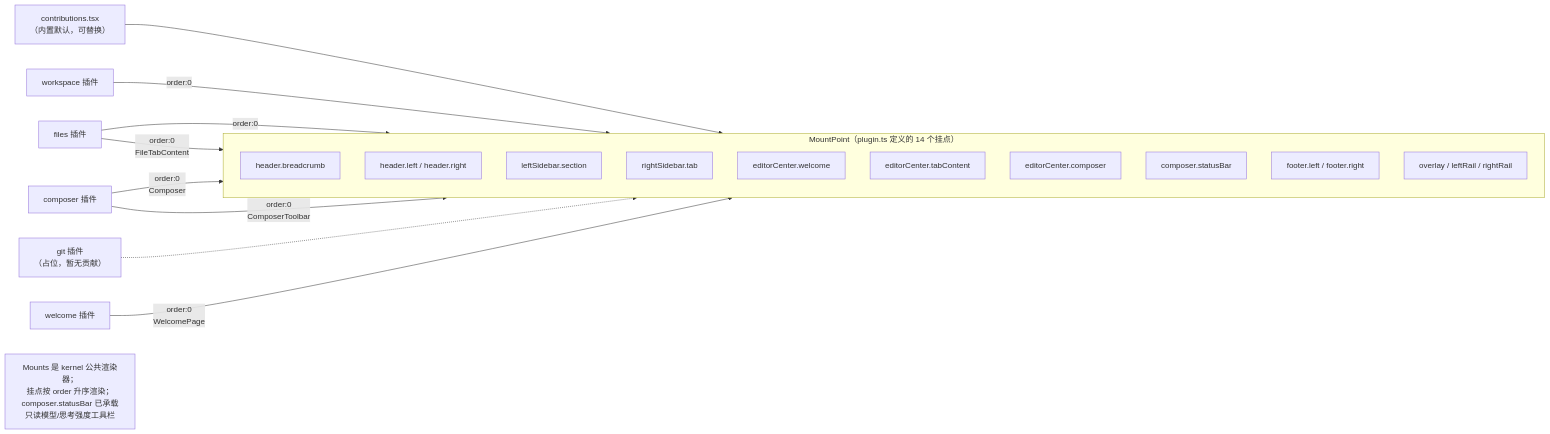
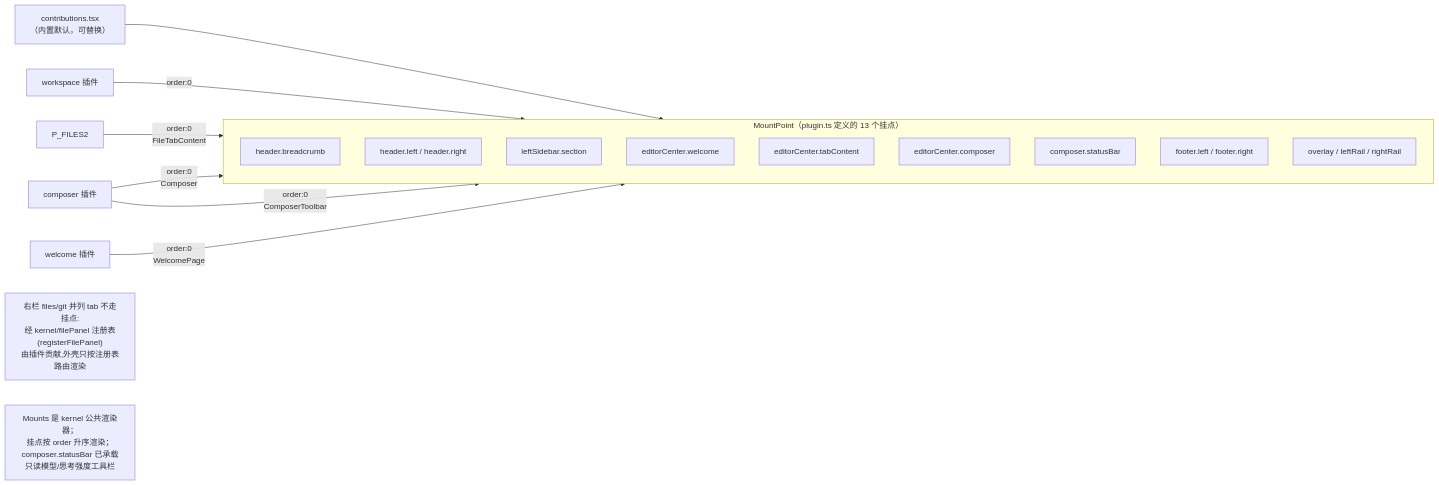
Before and after one commit to chenxiangning/tmd-cli: the seventh of 8 diagrams in docs/architecture/02-code-architecture.md, drawn with Mermaid. The commit also changed other lines of this file and 11 other files, not shown here.

````diff
--- a/docs/architecture/02-code-architecture.md
+++ b/docs/architecture/02-code-architecture.md
@@ -245,27 +246,25 @@
 ```mermaid
 flowchart LR
-    subgraph MOUNT["MountPoint（plugin.ts 定义的 14 个挂点）"]
+    subgraph MOUNT["MountPoint（plugin.ts 定义的 13 个挂点）"]
         direction TB
         HB["header.breadcrumb"]
         HLR["header.left / header.right"]
         LS1["leftSidebar.section"]
-        RS["rightSidebar.tab"]
         ECW["editorCenter.welcome"]
         ECT["editorCenter.tabContent"]
         ECC["editorCenter.composer"]
         CSB["composer.statusBar"]
         FT["footer.left / footer.right"]
         OV["overlay / leftRail / rightRail"]
     end
 
     CONTRIB2["contributions.tsx<br/>（内置默认，可替换）"] --> HB
     P_WS2["workspace 插件"] -->|"order:0"| LS1
-    P_FILES2["files 插件"] -->|"order:0"| RS
     P_FILES2 -->|"order:0<br/>FileTabContent"| ECT
     P_COMP2["composer 插件"] -->|"order:0<br/>Composer"| ECC
     P_COMP2 -->|"order:0<br/>ComposerToolbar"| CSB
-    P_GIT2["git 插件<br/>（占位，暂无贡献）"] -.-> RS
     P_WELCOME2["welcome 插件"] -->|"order:0<br/>WelcomePage"| ECW
+    Note2["右栏 files/git 并列 tab 不走挂点:<br/>经 kernel/filePanel 注册表(registerFilePanel)<br/>由插件贡献,外壳只按注册表路由渲染"]
 
     Note["Mounts 是 kernel 公共渲染器；<br/>挂点按 order 升序渲染；<br/>composer.statusBar 已承载只读模型/思考强度工具栏"]
 ```
````
